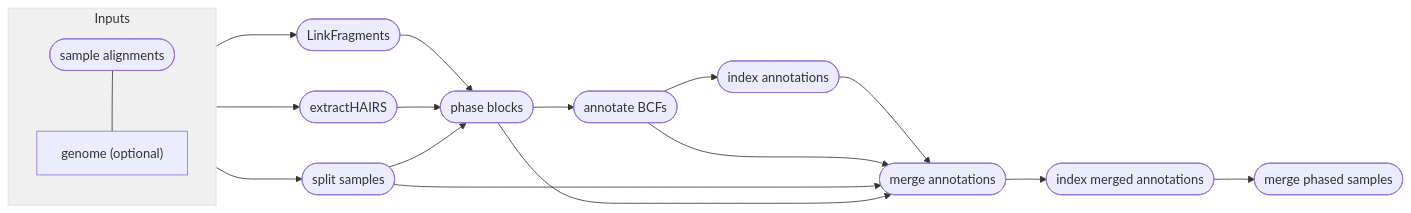
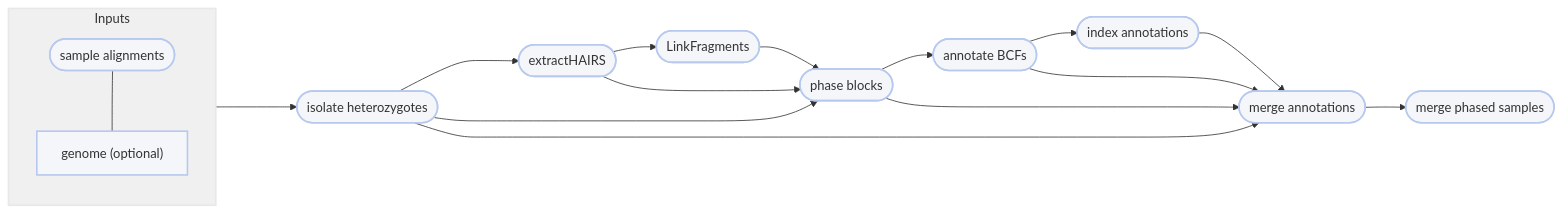
The diagram in Modules/phase.md (pdimens/harpy), drawn with Mermaid before and after one commit. The commit also changed other lines of this file and 11 other files, not shown here.

Commit message:
update all mermaids

````diff
--- a/Modules/phase.md
+++ b/Modules/phase.md
@@ -85,21 +85,21 @@
 ```mermaid
 graph LR
     subgraph Inputs
-    Z([sample alignments])---gen["genome (optional)"]
+        Z([sample alignments]):::clean---gen["genome (optional)"]:::clean
     end
-    Inputs --> B([extractHAIRS])
-    Inputs--->A([split samples])
-    Inputs-->C([LinkFragments])
-    C-->D([phase blocks])
+    Inputs--->A([isolate heterozygotes]):::clean
+    A ---> B([extractHAIRS]):::clean
+    B-->C([LinkFragments]):::clean
+    C-->D([phase blocks]):::clean
     B-->D
     A-->D
-    D-->E([annotate BCFs])
-    E-->F([index annotations])
-    F-->G([merge annotations])
+    D-->E([annotate BCFs]):::clean
+    E-->F([index annotations]):::clean
+    F-->G([merge annotations]):::clean
     E-->G
     A-->G
     D-->G
-    G-->H([index merged annotations])
-    H-->I([merge phased samples])
+    G-->I([merge phased samples]):::clean
     style Inputs fill:#f0f0f0,stroke:#e8e8e8,stroke-width:2px
+    classDef clean fill:#f5f6f9,stroke:#b7c9ef,stroke-width:2px
 ```
````
